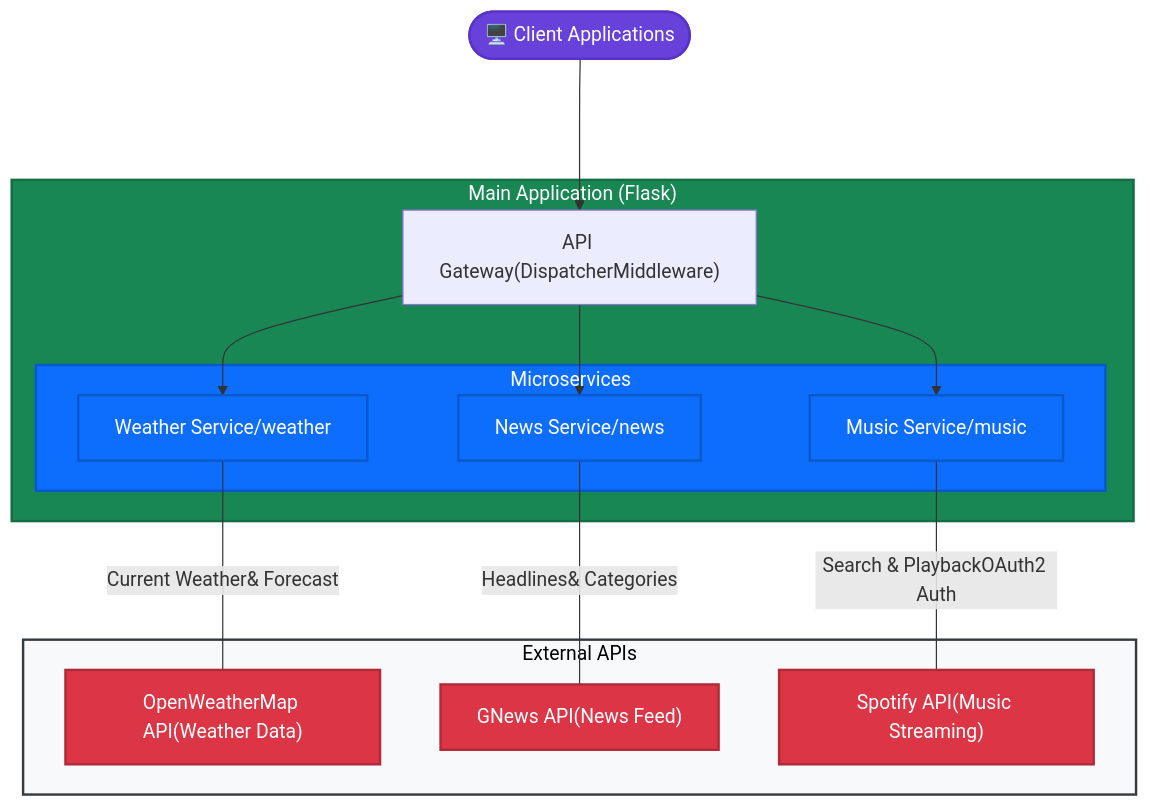
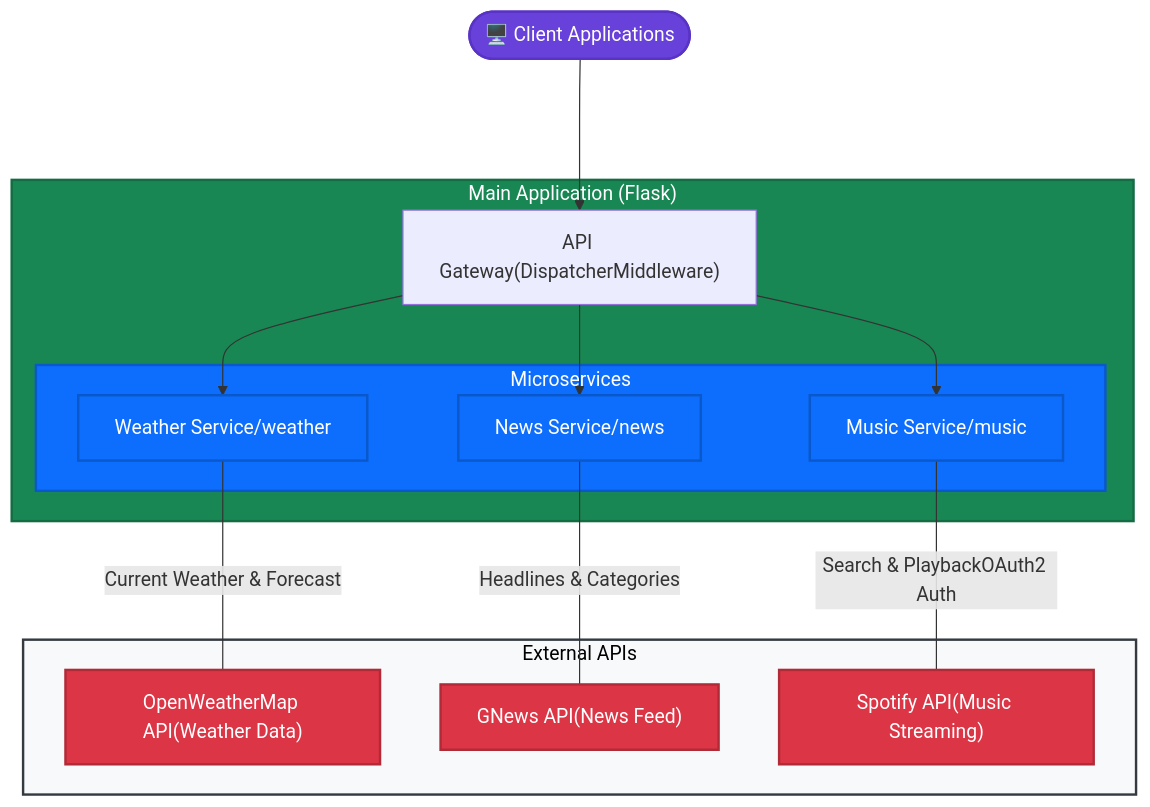
Before and after one commit to chw002/090: the diagram in README.md, drawn with Mermaid.

````diff
--- a/README.md
+++ b/README.md
@@ -7,59 +7,59 @@
 ```mermaid
 graph TB
     %% Style definitions with higher contrast
     classDef external fill:#6741d9,stroke:#5933c6,stroke-width:2px,color:#fff
     classDef service fill:#0d6efd,stroke:#0a58ca,stroke-width:2px,color:#fff
     classDef main fill:#198754,stroke:#146c43,stroke-width:2px,color:#fff
     classDef api fill:#dc3545,stroke:#b02a37,stroke-width:2px,color:#fff
 
     %% Client node with new visual style
     Client(["🖥️ Client Applications"])
     
     %% Main Application components
     Gateway["API Gateway(DispatcherMiddleware)"]
     Weather["Weather Service/weather"]
     News["News Service/news"]
     Music["Music Service/music"]
     
     %% External APIs
     OpenWeather["OpenWeatherMap API(Weather Data)"]
     GNews["GNews API(News Feed)"]
     Spotify["Spotify API(Music Streaming)"]
     
     %% Subgraphs with darker borders
     subgraph MainApp[" Main Application (Flask) "]
         Gateway
         subgraph Services[" Microservices "]
             Weather
             News
             Music
         end
     end
     
     subgraph ExternalAPIs[" External APIs "]
         OpenWeather
         GNews
         Spotify
     end
     
     %% Connections with improved labels
     Client ---> Gateway
     Gateway --> Weather
     Gateway --> News
     Gateway --> Music
     
-    Weather ---|Current Weather& Forecast| OpenWeather
-    News ---|Headlines& Categories| GNews
+    Weather ---|Current Weather & Forecast| OpenWeather
+    News ---|Headlines & Categories| GNews
     Music ---|Search & PlaybackOAuth2 Auth| Spotify
     
     %% Apply styles
     class Client external
     class Weather,News,Music service
     class MainApp main
     class OpenWeather,GNews,Spotify api
 
     %% Override subgraph styles
     style MainApp fill:#198754,stroke:#146c43,stroke-width:2px,color:#fff
     style Services fill:#0d6efd,stroke:#0a58ca,stroke-width:2px,color:#fff
     style ExternalAPIs fill:#f8f9fa,stroke:#343a40,stroke-width:2px,color:#000
 ```
````
